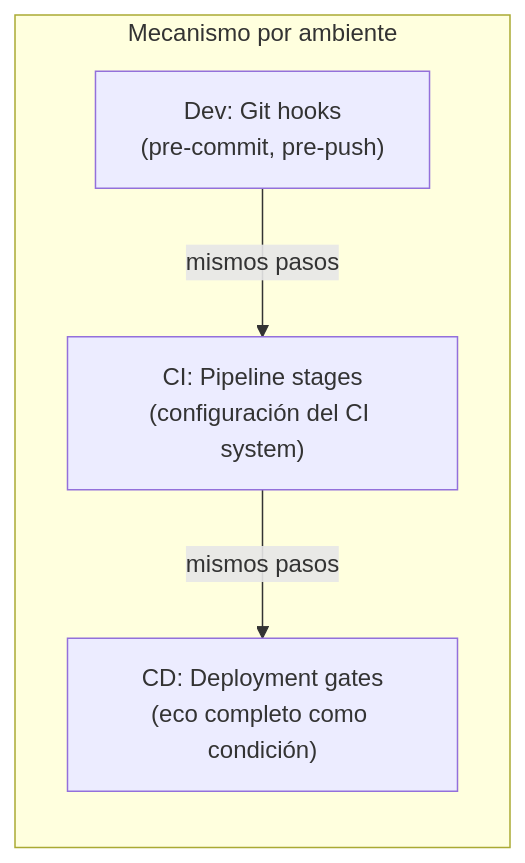
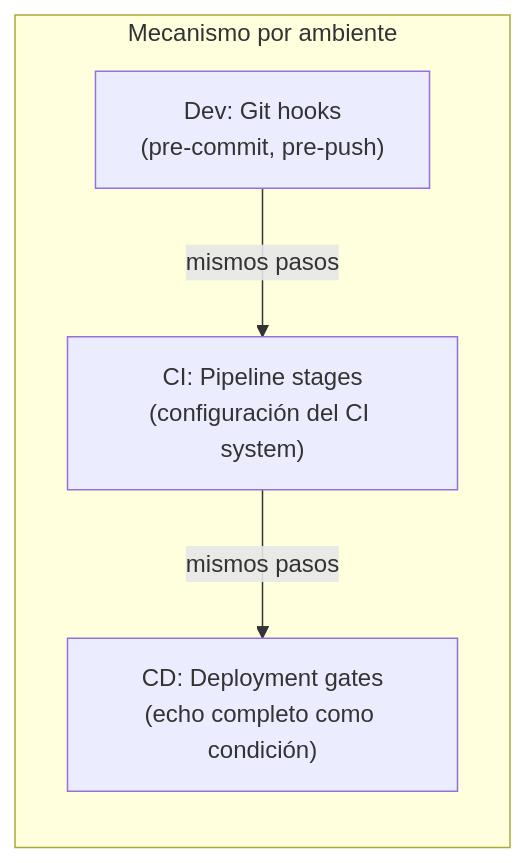
The third of 5 diagrams in docs/echo-system.md (virgenherrera/idea-to-mvp), drawn with Mermaid before and after one commit. The commit also changed other lines of this file and 30 other files, not shown here.

````diff
--- a/docs/echo-system.md
+++ b/docs/echo-system.md
@@ -197,13 +216,13 @@
 ```mermaid
 flowchart TD
     subgraph ENFORCEMENT["Mecanismo por ambiente"]
         direction TB
 
         HOOKS["Dev: Git hooks\n(pre-commit, pre-push)"]
         PIPELINE["CI: Pipeline stages\n(configuración del CI system)"]
-        GATES["CD: Deployment gates\n(eco completo como condición)"]
+        GATES["CD: Deployment gates\n(echo completo como condición)"]
     end
 
     HOOKS -->|"mismos pasos"| PIPELINE
     PIPELINE -->|"mismos pasos"| GATES
 ```
````
